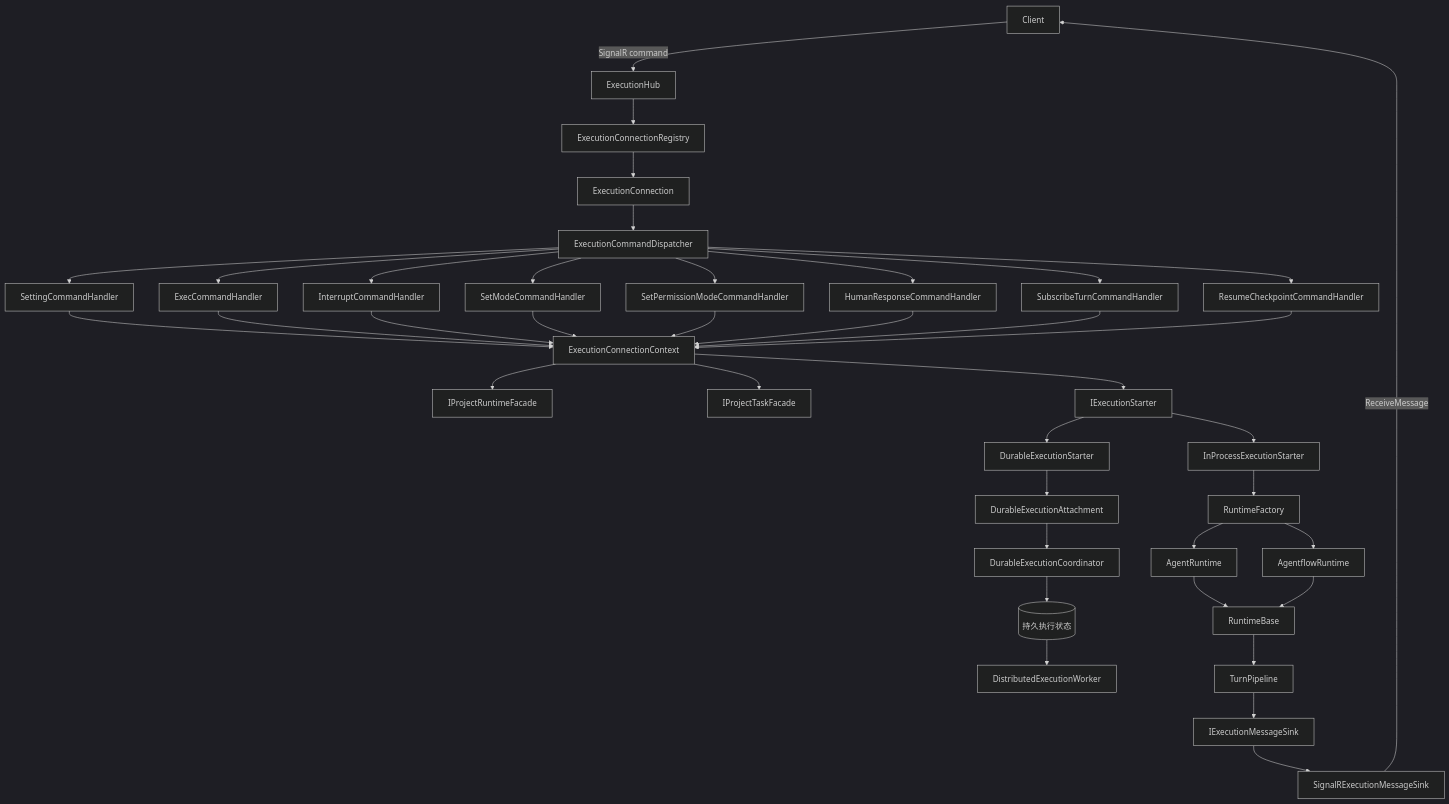
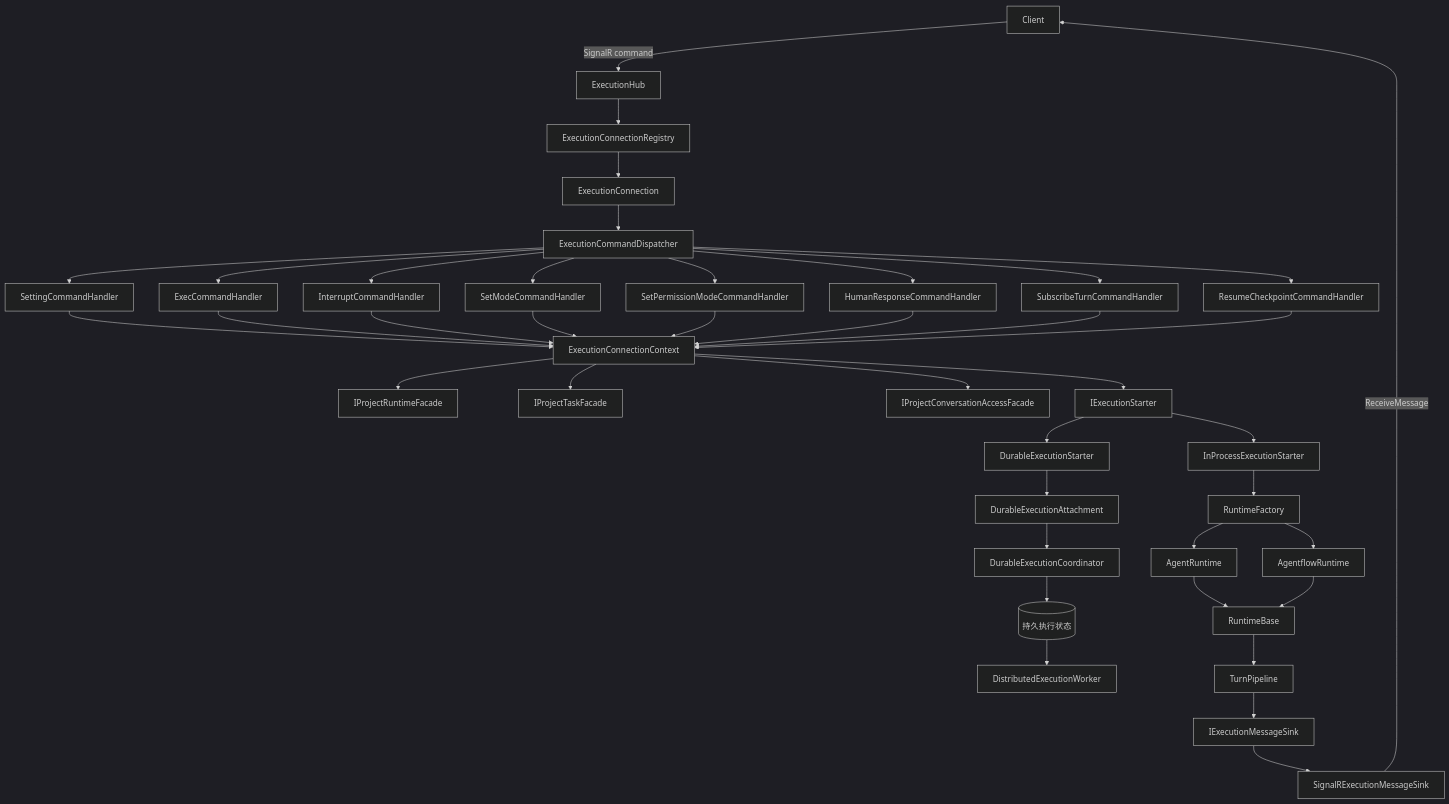
The first of 7 diagrams in src/server/Agw.Agents.Execution/README.md (zxyao145/agw), drawn with Mermaid (dark theme) before and after one commit. The commit also changed other lines of this file and 145 other files, not shown here.

````diff
--- a/src/server/Agw.Agents.Execution/README.md
+++ b/src/server/Agw.Agents.Execution/README.md
@@ -308,43 +312,44 @@
 ```mermaid
 flowchart TB
     Client["Client"] -->|"SignalR command"| Hub["ExecutionHub"]
     Hub --> Registry["ExecutionConnectionRegistry"]
     Registry --> Connection["ExecutionConnection"]
     Connection --> Dispatcher["ExecutionCommandDispatcher"]
 
     Dispatcher --> Setting["SettingCommandHandler"]
     Dispatcher --> Exec["ExecCommandHandler"]
     Dispatcher --> Interrupt["InterruptCommandHandler"]
     Dispatcher --> Mode["SetModeCommandHandler"]
     Dispatcher --> Permission["SetPermissionModeCommandHandler"]
     Dispatcher --> Human["HumanResponseCommandHandler"]
     Dispatcher --> Subscribe["SubscribeTurnCommandHandler"]
     Dispatcher --> Checkpoint["ResumeCheckpointCommandHandler"]
 
     Setting --> Context["ExecutionConnectionContext"]
     Exec --> Context
     Interrupt --> Context
     Mode --> Context
     Permission --> Context
     Human --> Context
     Subscribe --> Context
     Checkpoint --> Context
     Context --> ProjectService["IProjectRuntimeFacade"]
     Context --> TaskService["IProjectTaskFacade"]
+    Context --> AccessService["IProjectConversationAccessFacade"]
     Context --> Starter["IExecutionStarter"]
     Starter --> InProcessStarter["InProcessExecutionStarter"]
     InProcessStarter --> Factory["RuntimeFactory"]
     Starter --> DurableStarter["DurableExecutionStarter"]
     DurableStarter --> Session["DurableExecutionAttachment"]
     Session --> Coordinator["DurableExecutionCoordinator"]
     Coordinator --> State[("持久执行状态")]
     State --> Worker["DistributedExecutionWorker"]
     Factory --> AgentRuntime["AgentRuntime"]
     Factory --> AgentflowRuntime["AgentflowRuntime"]
     AgentRuntime --> RuntimeBase["RuntimeBase"]
     AgentflowRuntime --> RuntimeBase
     RuntimeBase --> TurnPipeline["TurnPipeline"]
     TurnPipeline --> Sink["IExecutionMessageSink"]
     Sink --> SignalRSink["SignalRExecutionMessageSink"]
     SignalRSink -->|"ReceiveMessage"| Client
 ```
````
